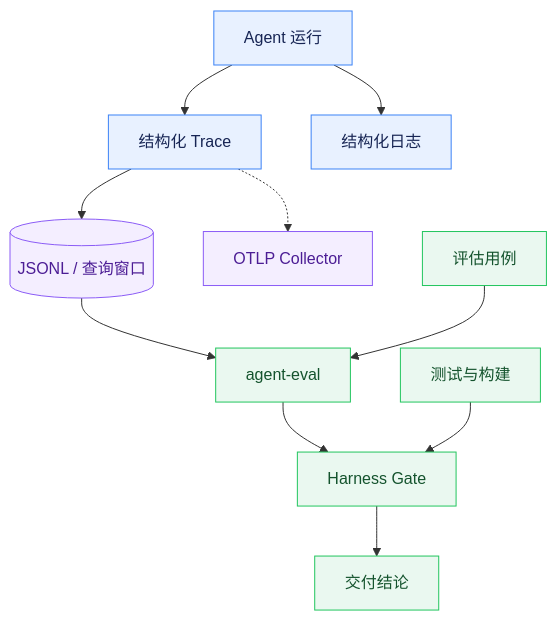
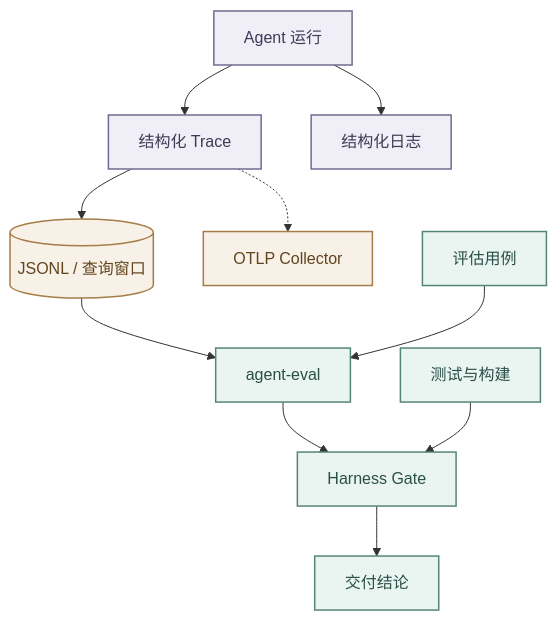
The diagram in agent-doc/核心能力/Trace可观测与质量评估.md (Logistic98/job-buddy), drawn with Mermaid before and after one commit. The commit also changed other lines of this file and 32 other files, not shown here.

Commit message:
docs: align engine context and diagram guidance

````diff
--- a/agent-doc/核心能力/Trace可观测与质量评估.md
+++ b/agent-doc/核心能力/Trace可观测与质量评估.md
@@ -23,19 +34,19 @@
 ```mermaid
 graph TD
     RUN[Agent 运行] --> TRACE[结构化 Trace]
     RUN --> LOG[结构化日志]
     TRACE --> JSONL[("JSONL / 查询窗口")]
     TRACE -.-> OTEL[OTLP Collector]
     JSONL --> EVAL[agent-eval]
     CASES[评估用例] --> EVAL
     EVAL --> GATE[Harness Gate]
     TESTS[测试与构建] --> GATE
     GATE --> RESULT[交付结论]
 
-    classDef runtime fill:#E8F1FF,stroke:#3B82F6,color:#172554;
-    classDef quality fill:#EAF8F0,stroke:#22C55E,color:#14532D;
-    classDef store fill:#F4EEFF,stroke:#8B5CF6,color:#4C1D95;
+    classDef runtime fill:#F0EEF6,stroke:#746A91,color:#403957,stroke-width:1.5px;
+    classDef quality fill:#EAF4F1,stroke:#548678,color:#294F47,stroke-width:1.5px;
+    classDef store fill:#F8F1E7,stroke:#A67C48,color:#62451F,stroke-width:1.5px;
     class RUN,TRACE,LOG runtime;
     class EVAL,GATE,RESULT,CASES,TESTS quality;
     class JSONL,OTEL store;
 ```
````
